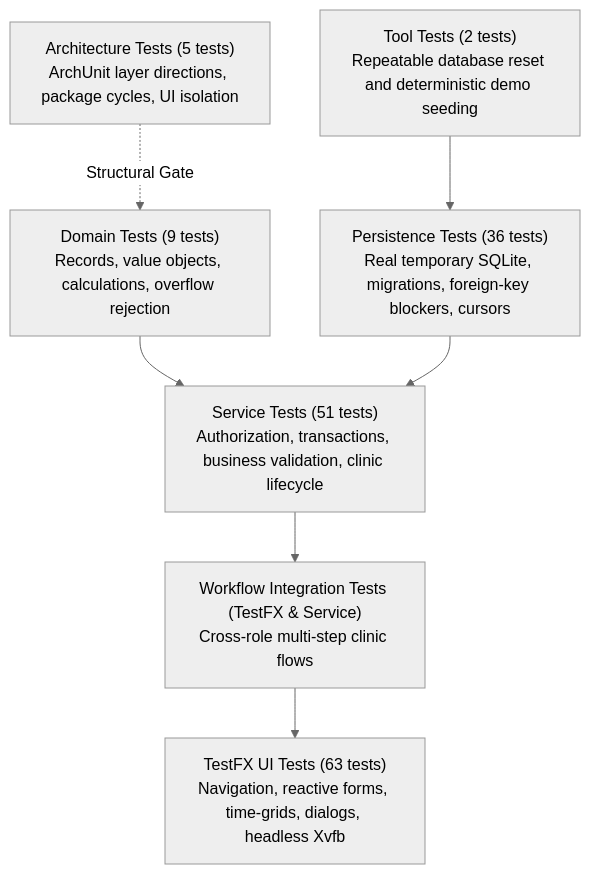
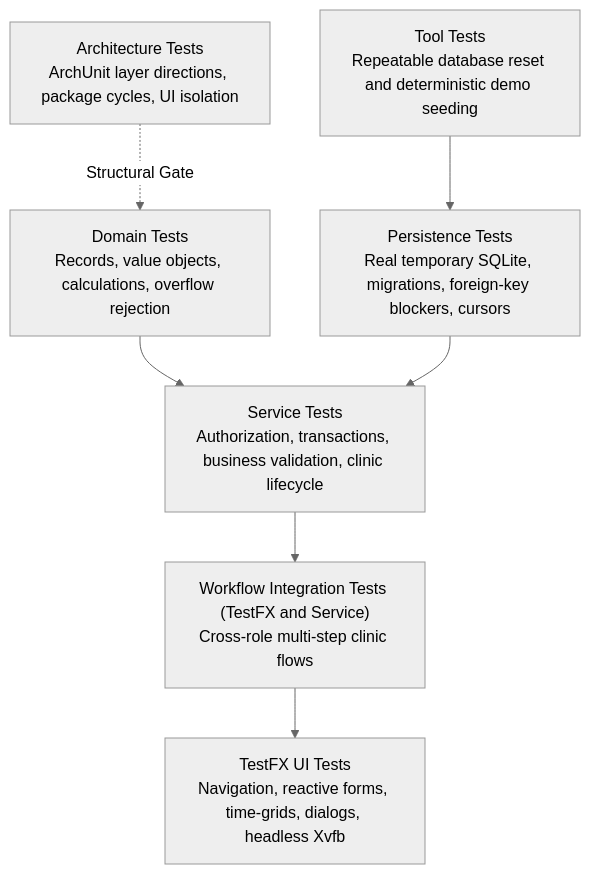
Before and after one commit to CS3227-2610-MP2-NUSynapxe/CS3227-2610-MP2: the diagram in docs/TestingStrategy.md, drawn with Mermaid (neutral theme). The commit also changed other lines of this file and 3 other files, not shown here.

````diff
--- a/docs/TestingStrategy.md
+++ b/docs/TestingStrategy.md
@@ -16,17 +16,17 @@
 ```mermaid
 flowchart TB
-    Domain["Domain Tests (9 tests)\nRecords, value objects, calculations, overflow rejection"]
-    Persistence["Persistence Tests (36 tests)\nReal temporary SQLite, migrations, foreign-key blockers, cursors"]
-    Service["Service Tests (51 tests)\nAuthorization, transactions, business validation, clinic lifecycle"]
-    Integration["Workflow Integration Tests (TestFX & Service)\nCross-role multi-step clinic flows"]
-    UI["TestFX UI Tests (63 tests)\nNavigation, reactive forms, time-grids, dialogs, headless Xvfb"]
-    Architecture["Architecture Tests (5 tests)\nArchUnit layer directions, package cycles, UI isolation"]
-    Tools["Tool Tests (2 tests)\nRepeatable database reset and deterministic demo seeding"]
+    Domain["Domain Tests\nRecords, value objects, calculations, overflow rejection"]
+    Persistence["Persistence Tests\nReal temporary SQLite, migrations, foreign-key blockers, cursors"]
+    Service["Service Tests\nAuthorization, transactions, business validation, clinic lifecycle"]
+    Integration["Workflow Integration Tests (TestFX and Service)\nCross-role multi-step clinic flows"]
+    UI["TestFX UI Tests\nNavigation, reactive forms, time-grids, dialogs, headless Xvfb"]
+    Architecture["Architecture Tests\nArchUnit layer directions, package cycles, UI isolation"]
+    Tools["Tool Tests\nRepeatable database reset and deterministic demo seeding"]
 
     Domain --> Service
     Persistence --> Service
     Service --> Integration
     Integration --> UI
     Architecture -. Structural Gate .-> Domain
     Tools --> Persistence
 ```
````
